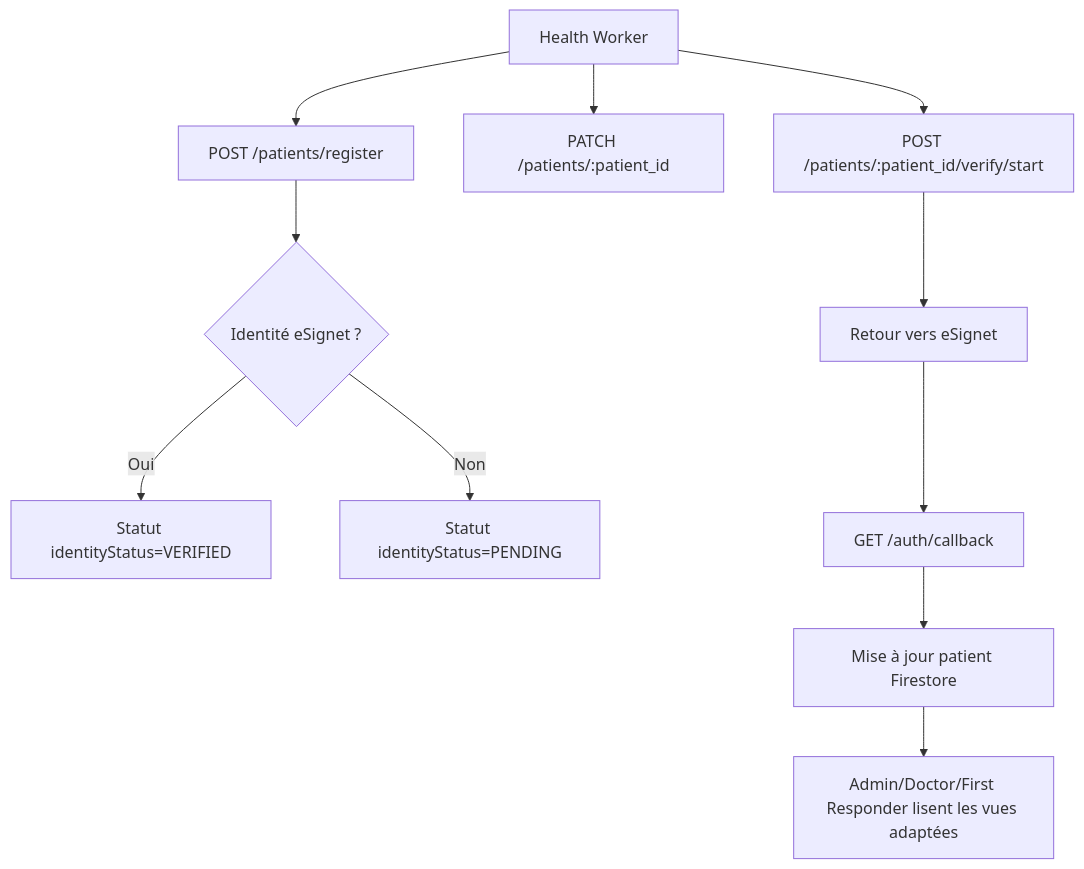
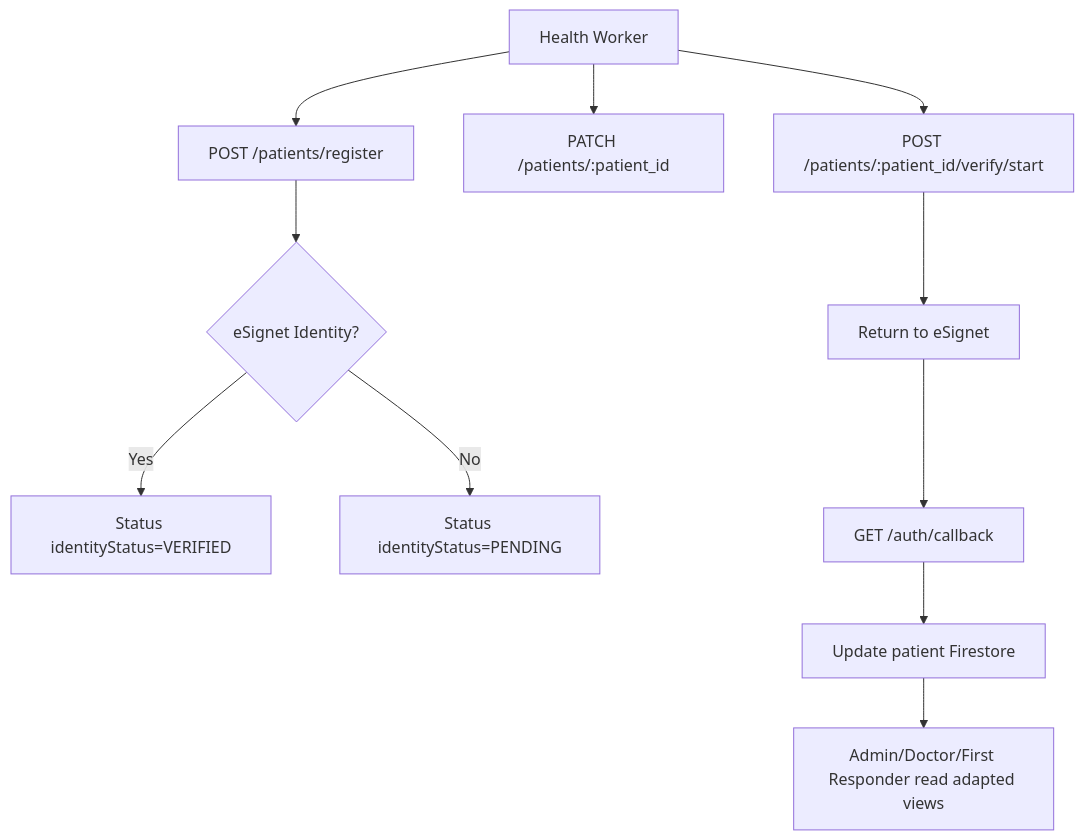
The third of 3 diagrams in docs/API documentation.md (AbraImani/AfyaId-Backend), drawn with Mermaid before and after one commit. The commit also changed other lines of this file and 8 other files, not shown here.

````diff
--- a/docs/API documentation.md
+++ b/docs/API documentation.md
@@ -106,13 +106,13 @@
 ```mermaid
 flowchart TD
     A[Health Worker] --> B[POST /patients/register]
-    B --> C{Identité eSignet ?}
-    C -->|Oui| D[Statut identityStatus=VERIFIED]
-    C -->|Non| E[Statut identityStatus=PENDING]
+    B --> C{eSignet Identity?}
+    C -->|Yes| D[Status identityStatus=VERIFIED]
+    C -->|No| E[Status identityStatus=PENDING]
   A --> F[PATCH /patients/:patient_id]
   A --> G[POST /patients/:patient_id/verify/start]
-    G --> H[Retour vers eSignet]
+    G --> H[Return to eSignet]
     H --> I[GET /auth/callback]
-    I --> J[Mise à jour patient Firestore]
-    J --> K[Admin/Doctor/First Responder lisent les vues adaptées]
+    I --> J[Update patient Firestore]
+    J --> K[Admin/Doctor/First Responder read adapted views]
 ```
````
